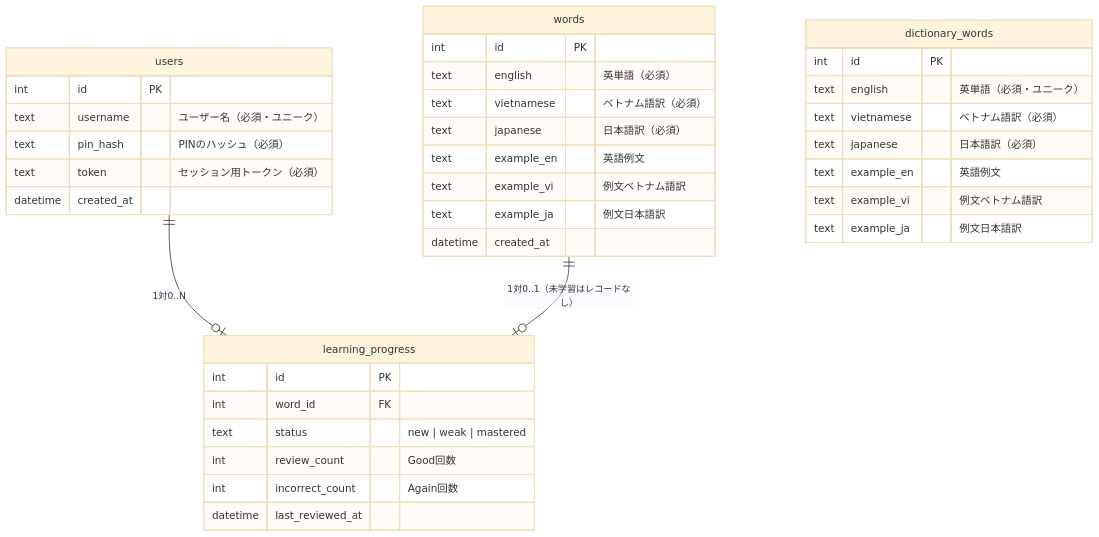
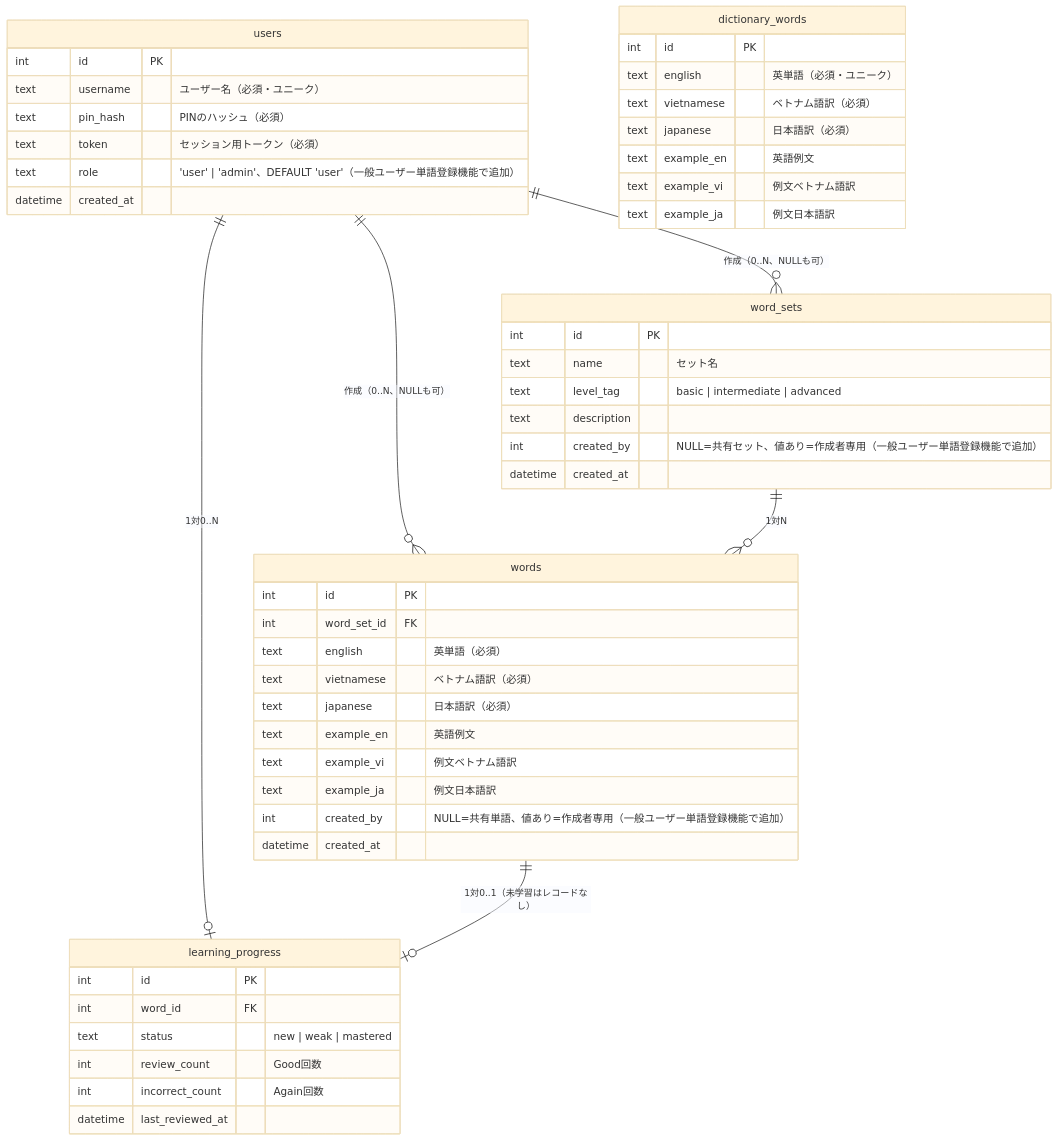
One commit to t-takamichi/learning-word changed the diagram in docs/spec/design/architecture.md. Above: the diagram before and after it, drawn with Mermaid (base theme). The commit also changed other lines of this file and 9 other files, not shown here.

Commit message:
docs: add phase 6-10 and user word management (wip)

````diff
--- a/docs/spec/design/architecture.md
+++ b/docs/spec/design/architecture.md
@@ -76,40 +103,54 @@
 ```mermaid
 erDiagram
   users {
     int     id              PK
     text    username        "ユーザー名（必須・ユニーク）"
     text    pin_hash        "PINのハッシュ（必須）"
     text    token           "セッション用トークン（必須）"
+    text    role             "'user' | 'admin'、DEFAULT 'user'（一般ユーザー単語登録機能で追加）"
+    datetime created_at
+  }
+  word_sets {
+    int     id              PK
+    text    name            "セット名"
+    text    level_tag       "basic | intermediate | advanced"
+    text    description
+    int     created_by      "NULL=共有セット、値あり=作成者専用（一般ユーザー単語登録機能で追加）"
     datetime created_at
   }
   words {
     int     id              PK
+    int     word_set_id     FK
     text    english         "英単語（必須）"
     text    vietnamese      "ベトナム語訳（必須）"
     text    japanese        "日本語訳（必須）"
     text    example_en      "英語例文"
     text    example_vi      "例文ベトナム語訳"
     text    example_ja      "例文日本語訳"
+    int     created_by      "NULL=共有単語、値あり=作成者専用（一般ユーザー単語登録機能で追加）"
     datetime created_at
   }
   learning_progress {
     int      id              PK
     int      word_id         FK
     text     status          "new | weak | mastered"
     int      review_count    "Good回数"
     int      incorrect_count "Again回数"
     datetime last_reviewed_at
   }
 
   users ||--o| learning_progress : "1対0..N"
+  users ||--o{ word_sets : "作成（0..N、NULLも可）"
+  users ||--o{ words : "作成（0..N、NULLも可）"
+  word_sets ||--o{ words : "1対N"
   words ||--o| learning_progress : "1対0..1（未学習はレコードなし）"
   dictionary_words {
     int     id              PK
     text    english         "英単語（必須・ユニーク）"
     text    vietnamese      "ベトナム語訳（必須）"
     text    japanese        "日本語訳（必須）"
     text    example_en      "英語例文"
     text    example_vi      "例文ベトナム語訳"
     text    example_ja      "例文日本語訳"
   }
 ```
````
